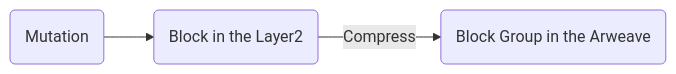
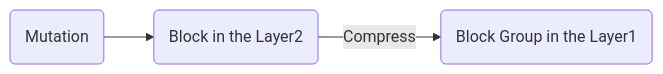
One commit to dbpunk-labs/DIPs changed the third of 5 diagrams in dips/dip-000.md. Above: the diagram before and after it, drawn with Mermaid. The commit also changed other lines of this file and 1 other file, not shown here.

Commit message:
fix: add bundle schema

````diff
--- a/dips/dip-000.md
+++ b/dips/dip-000.md
@@ -52,5 +52,5 @@
 ```mermaid
 flowchart LR
     m(Mutation) --> B(Block in the Layer2)
-    B --> |Compress|BG(Block Group in the Arweave)
+    B --> |Compress|BG(Block Group in the Layer1)
 ```
````
